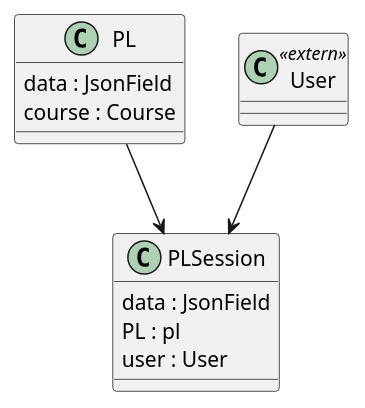
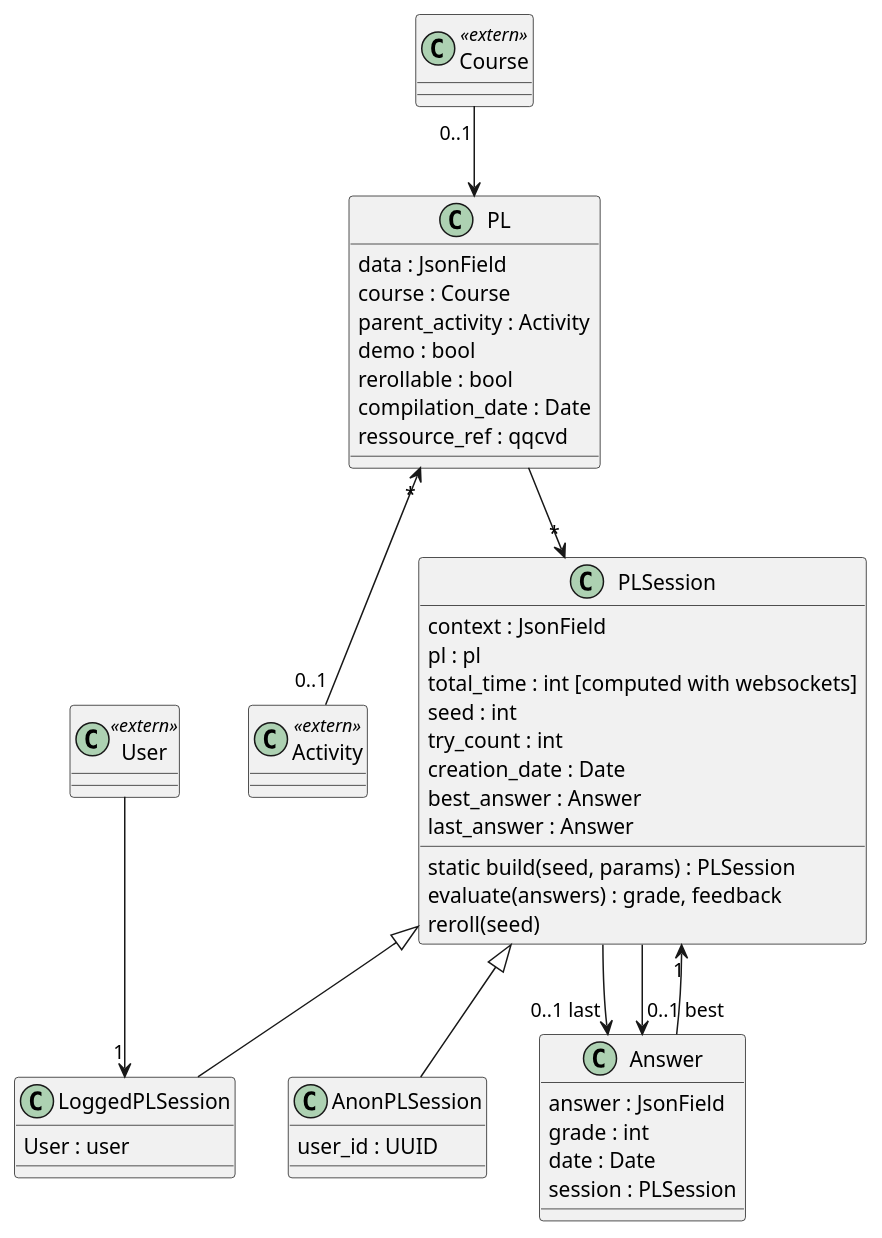
The diagram in diagrammes/assets/playexo/playexo.puml (PremierLangage/platon-conception), drawn with PlantUML before and after one commit. The commit also changed 1 other file, not shown here.

Commit message:
playexo diagramme

```diff
--- a/diagrammes/assets/playexo/playexo.puml
+++ b/diagrammes/assets/playexo/playexo.puml
@@ -1,20 +1,56 @@
 @startuml
 class PL {
     data : JsonField
     course : Course
-
+    parent_activity : Activity
+    demo : bool
+    rerollable : bool
+    compilation_date : Date
+    ressource_ref : qqcvd
 }
 
+class Activity <<extern>> {}
 
 class PLSession {
-    data : JsonField
-    PL : pl
-    user : User
+    context : JsonField
+    pl : pl
+    total_time : int [computed with websockets]
+    seed : int
+    try_count : int
+    creation_date : Date
+    best_answer : Answer
+    last_answer : Answer
+    static build(seed, params) : PLSession
+    evaluate(answers) : grade, feedback
+    reroll(seed)
+}
+class AnonPLSession {
+    user_id : UUID
+}
+class LoggedPLSession {
+    User : user
 }
 
+class Answer {
+    answer : JsonField
+    grade : int
+    date : Date
+    session : PLSession
+}
+
+PLSession <|-- AnonPLSession
+PLSession <|-- LoggedPLSession
+
+PLSession --> "0..1 last" Answer
+PLSession --> "0..1 best" Answer
+
 class User <<extern>> {}
+class Course <<extern>> {}
 
-PL --> PLSession
-User --> PLSession
+PL --> "*" PLSession
+User --> "1" LoggedPLSession
+PL "*" <-- "0..1" Activity
+Course "0..1" --> PL
+Answer --> "1" PLSession
 
 @enduml
```
